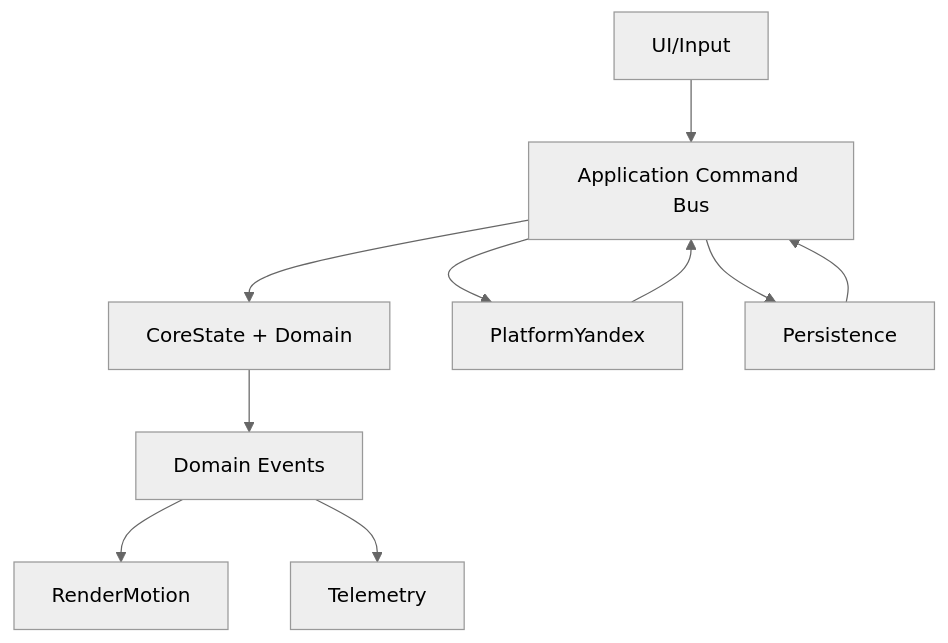
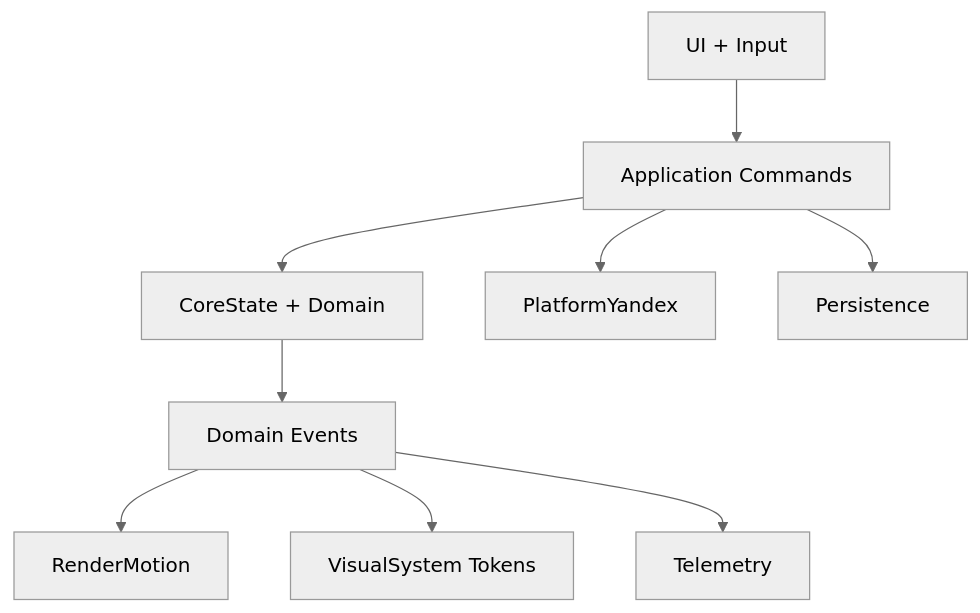
The diagram in TECHSPEC.md (m4ps/soberi-slova), drawn with Mermaid (neutral theme) before and after one commit. The commit also changed other lines of this file and 10 other files, not shown here.

````diff
--- a/TECHSPEC.md
+++ b/TECHSPEC.md
@@ -98,12 +88,11 @@
 ```mermaid
 flowchart TD
-  UI["UI/Input"] --> APP["Application Command Bus"]
+  UI["UI + Input"] --> APP["Application Commands"]
   APP --> CORE["CoreState + Domain"]
   CORE --> EVT["Domain Events"]
   EVT --> RENDER["RenderMotion"]
-  EVT --> TELE["Telemetry"]
+  EVT --> VISUAL["VisualSystem Tokens"]
   APP --> PLATFORM["PlatformYandex"]
   APP --> PERSIST["Persistence"]
-  PLATFORM --> APP
-  PERSIST --> APP
+  EVT --> TELEMETRY["Telemetry"]
 ```
````
